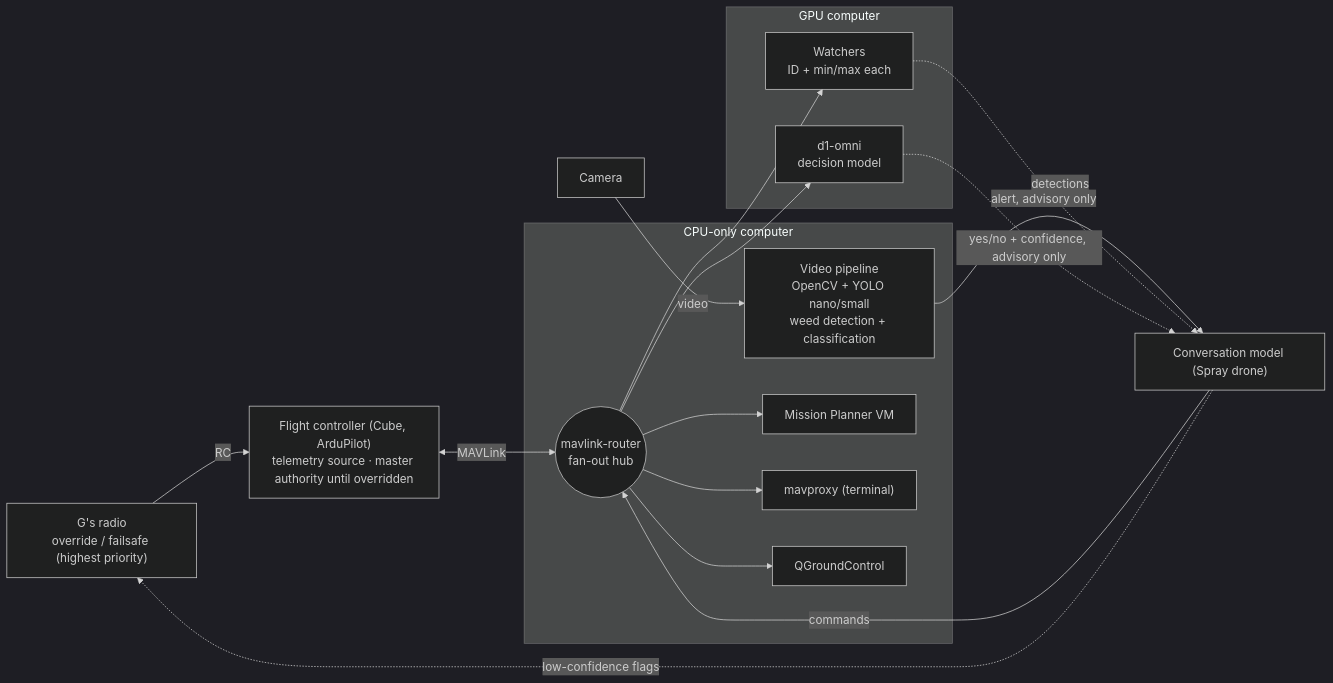
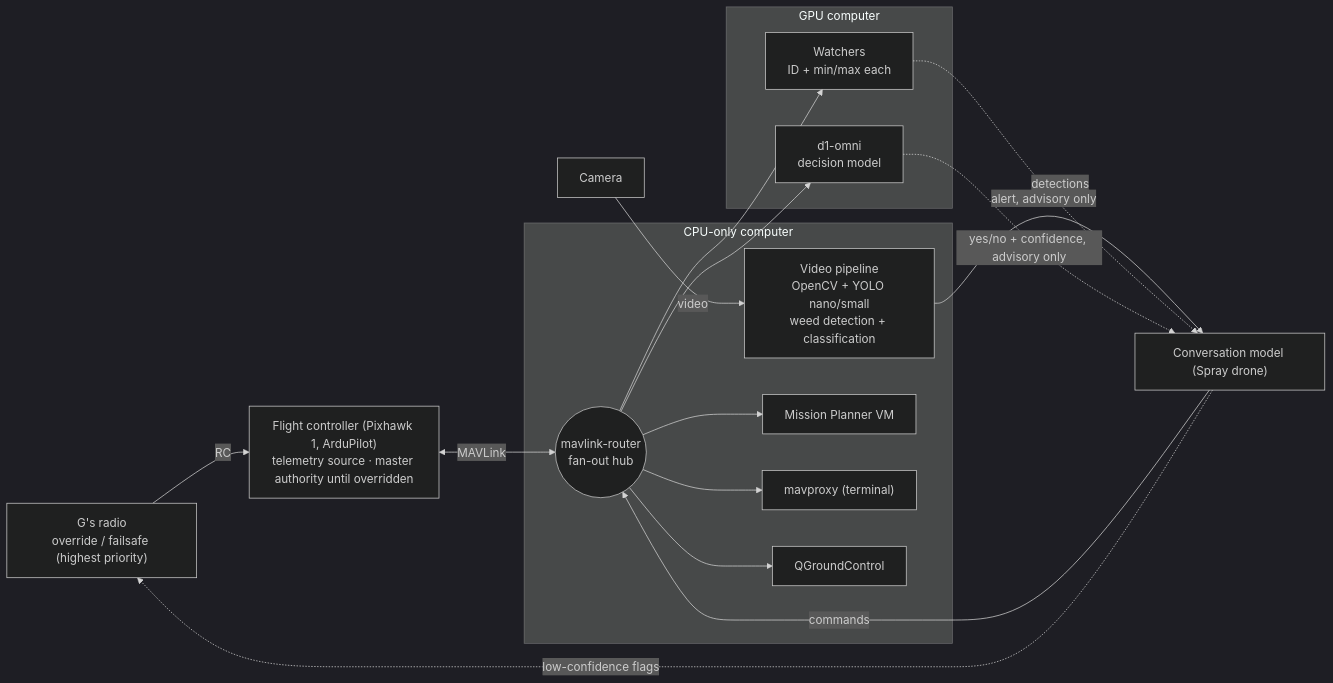
The diagram in docs/ARCHITECTURE.md (GW412412/flight-stack), drawn with Mermaid (dark theme) before and after one commit. The commit also changed 3 other files, not shown here.

Commit message:
Name the flight controller as Pixhawk 1 in current docs and router config

````diff
--- a/docs/ARCHITECTURE.md
+++ b/docs/ARCHITECTURE.md
@@ -5,33 +5,33 @@
 ```mermaid
 flowchart LR
   G["G's radio<br/>override / failsafe (highest priority)"] -->|RC| FC
-  FC["Flight controller (Cube, ArduPilot)<br/>telemetry source · master authority until overridden"]
+  FC["Flight controller (Pixhawk 1, ArduPilot)<br/>telemetry source · master authority until overridden"]
   CAM[Camera] -->|video| VID
 
   subgraph CPU["CPU-only computer"]
     MR(("mavlink-router<br/>fan-out hub"))
     VID["Video pipeline<br/>OpenCV + YOLO nano/small<br/>weed detection + classification"]
     VM["Mission Planner VM"]
     MP["mavproxy (terminal)"]
     QGC["QGroundControl"]
   end
 
   subgraph GPU["GPU computer"]
     W["Watchers<br/>ID + min/max each"]
     D1["d1-omni<br/>decision model"]
   end
 
   CM["Conversation model (Spray drone)"]
 
   FC <-->|MAVLink| MR
   MR --> VM
   MR --> QGC
   MR --> MP
   MR --> W
   MR --> D1
   VID -->|detections| CM
   W -.->|alert, advisory only| CM
   D1 -.->|yes/no + confidence, advisory only| CM
   CM -->|commands| MR
   CM -.->|low-confidence flags| G
 ```
````
